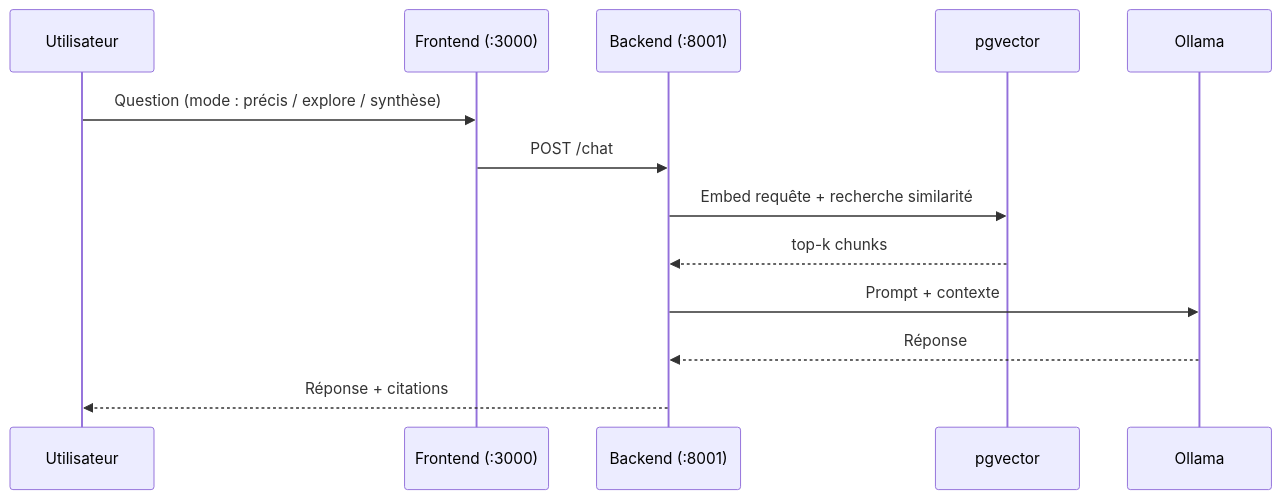
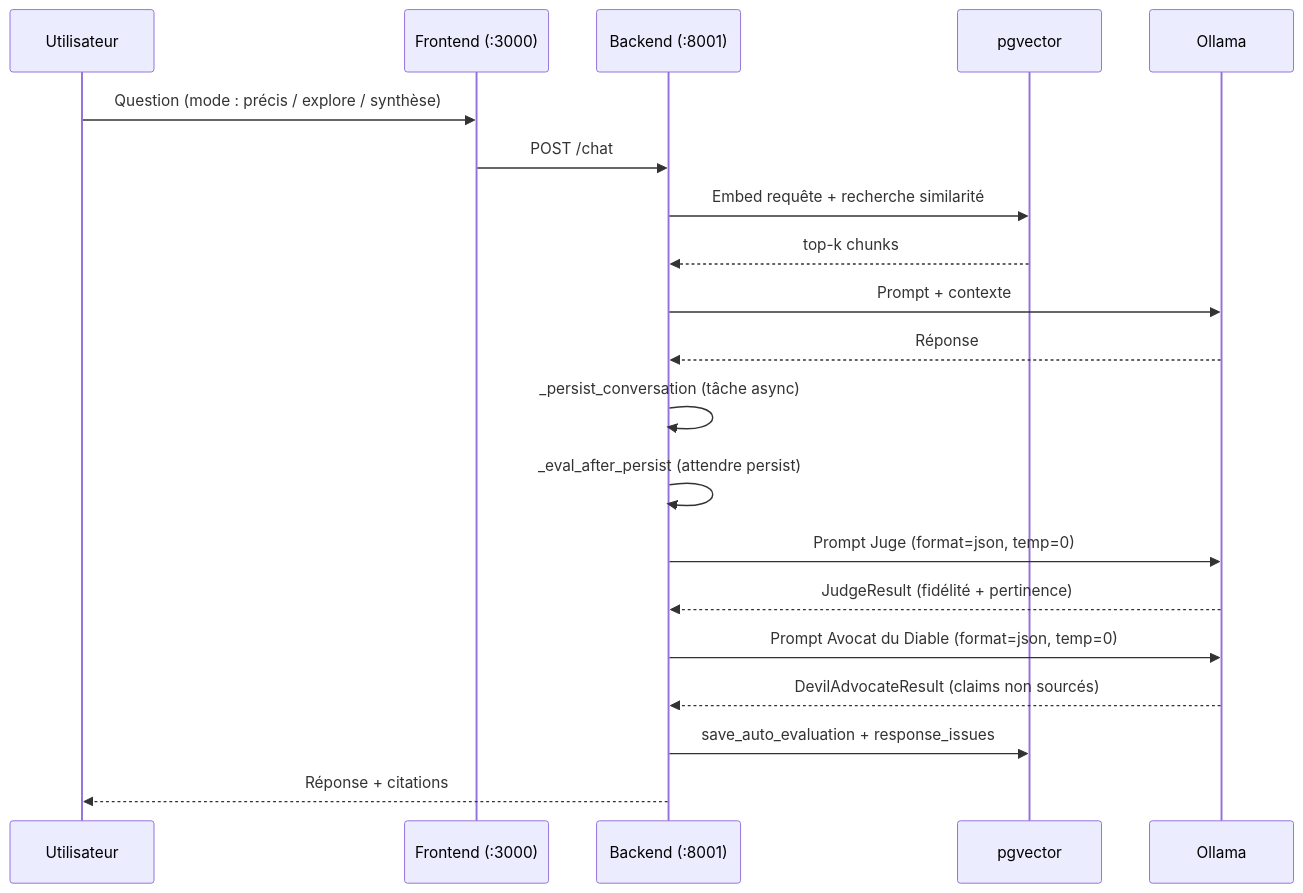
Before and after one commit to chelmooz/RAG-Harvard-IT-teacher: the second of 3 diagrams in README.fr.md, drawn with Mermaid. The commit also changed other lines of this file and 21 other files, not shown here.

Commit message:
feat: auto-evaluation Judge + Devil's Advocate (sequential qwen3:14b)

````diff
--- a/README.fr.md
+++ b/README.fr.md
@@ -82,15 +86,22 @@
 ```mermaid
 sequenceDiagram
     participant U as Utilisateur
     participant FE as Frontend (:3000)
     participant BE as Backend (:8001)
     participant PG as pgvector
     participant OL as Ollama
     U->>FE: Question (mode : précis / explore / synthèse)
     FE->>BE: POST /chat
     BE->>PG: Embed requête + recherche similarité
     PG-->>BE: top-k chunks
     BE->>OL: Prompt + contexte
     OL-->>BE: Réponse
+    BE->>BE: _persist_conversation (tâche async)
+    BE->>BE: _eval_after_persist (attendre persist)
+    BE->>OL: Prompt Juge (format=json, temp=0)
+    OL-->>BE: JudgeResult (fidélité + pertinence)
+    BE->>OL: Prompt Avocat du Diable (format=json, temp=0)
+    OL-->>BE: DevilAdvocateResult (claims non sourcés)
+    BE->>PG: save_auto_evaluation + response_issues
     BE-->>U: Réponse + citations
 ```
````
